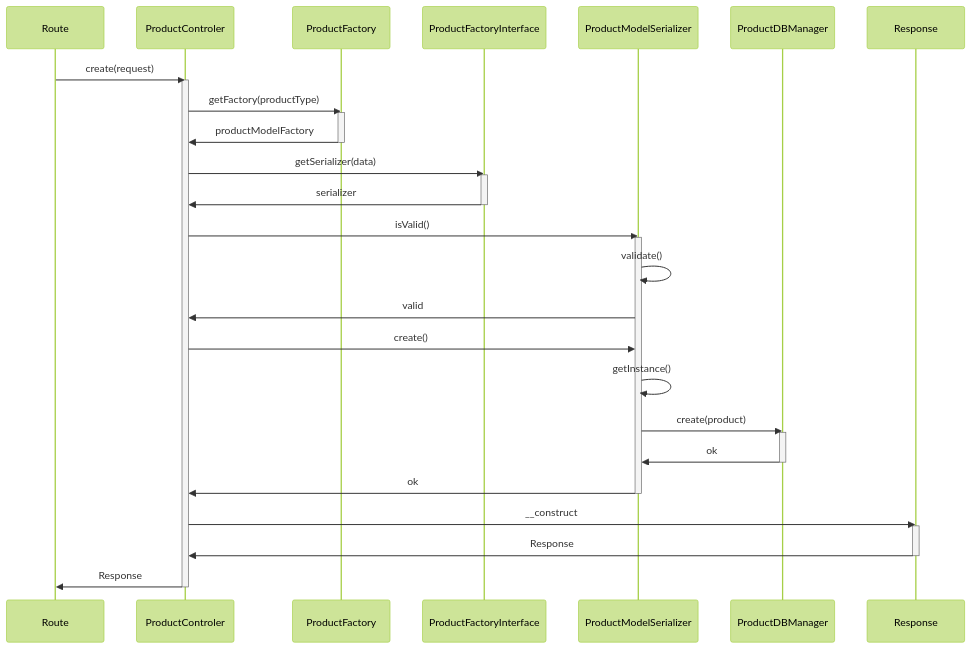
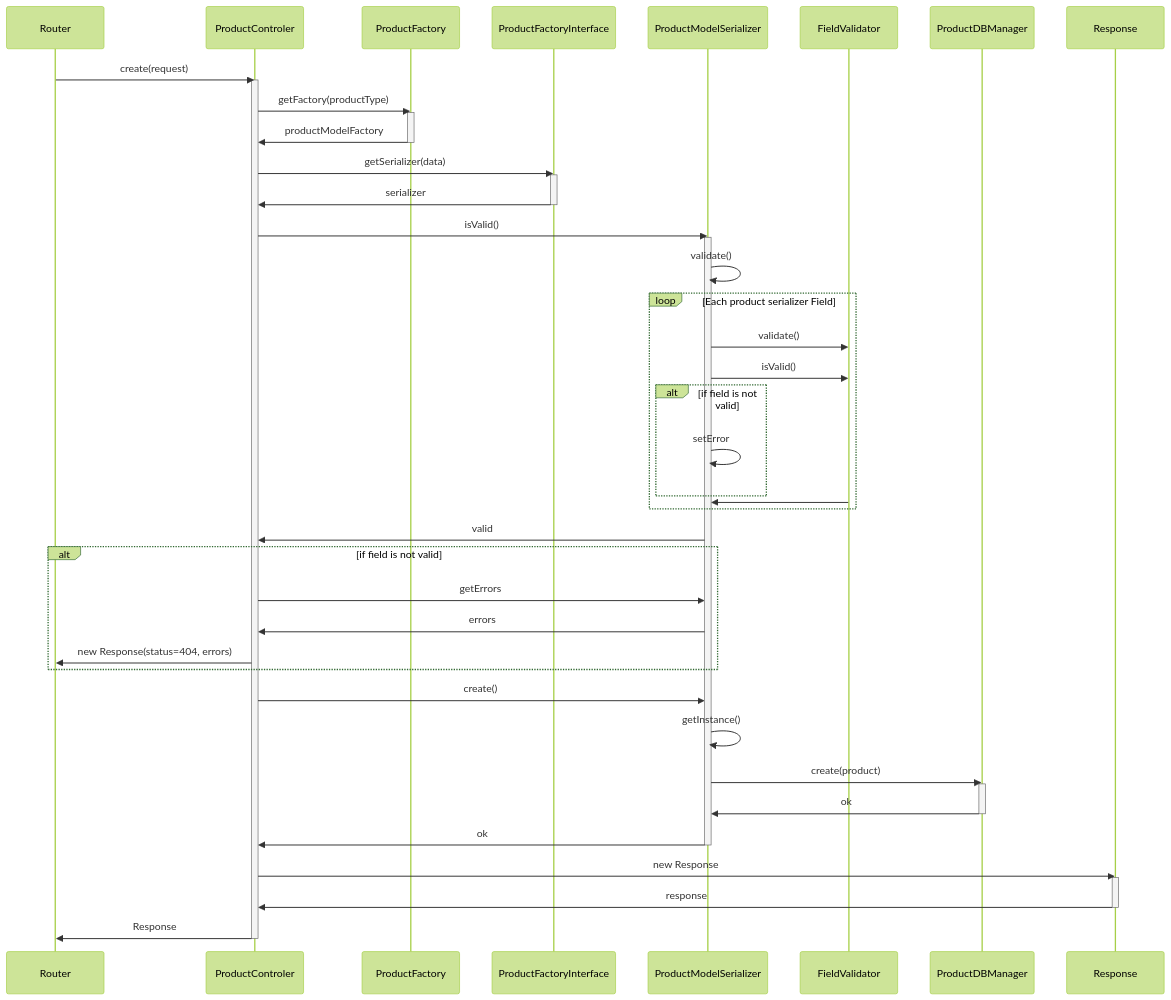
One commit to laercioigorps/scandiweb-awesome-ecommerce-backend changed the diagram in docs/createProductSequence.md. Above: the diagram before and after it, drawn with Mermaid (forest theme). The commit also changed 1 other file, not shown here.

````diff
--- a/docs/createProductSequence.md
+++ b/docs/createProductSequence.md
@@ -1,43 +1,60 @@
 ```mermaid
 
 sequenceDiagram
-    Route->>ProductControler: create(request)
+    Router->>ProductControler: create(request)
     activate ProductControler
     ProductControler->>ProductFactory: getFactory(productType)
     activate ProductFactory
     ProductFactory->>ProductControler: productModelFactory
     deactivate ProductFactory
 
     ProductControler->>ProductFactoryInterface: getSerializer(data)
     activate ProductFactoryInterface
 
     ProductFactoryInterface->>ProductControler: serializer
     deactivate ProductFactoryInterface
 
     ProductControler->>ProductModelSerializer : isValid()
     activate ProductModelSerializer
 
     ProductModelSerializer->>ProductModelSerializer: validate()
+
+    loop Each product serializer Field
+        ProductModelSerializer->>FieldValidator : validate()
+        ProductModelSerializer->>FieldValidator : isValid()
+        alt if field is not valid
+            ProductModelSerializer->>ProductModelSerializer : setError
+        end
+        FieldValidator->>ProductModelSerializer : 
+    end
+
+
     ProductModelSerializer->>ProductControler: valid
+
+    alt if field is not valid
+        ProductControler->>ProductModelSerializer : getErrors
+        ProductModelSerializer->>ProductControler : errors
+        ProductControler->>Router : new Response(status=404, errors)
+    end
 
     ProductControler->>ProductModelSerializer: create()
     
     ProductModelSerializer->>ProductModelSerializer : getInstance()
     ProductModelSerializer->>ProductDBManager : create(product)
     activate ProductDBManager
     ProductDBManager->>ProductModelSerializer : ok
     deactivate ProductDBManager
 
     ProductModelSerializer->>ProductControler : ok
     deactivate ProductModelSerializer
 
-    ProductControler ->> Response : __construct
+    ProductControler ->> Response : new Response
     activate Response
-    Response ->> ProductControler : Response
+    Response ->> ProductControler : response
     deactivate Response
 
-    ProductControler->>Route: Response
+    ProductControler->>Router: Response
     deactivate ProductControler
 
 
 ```
````
